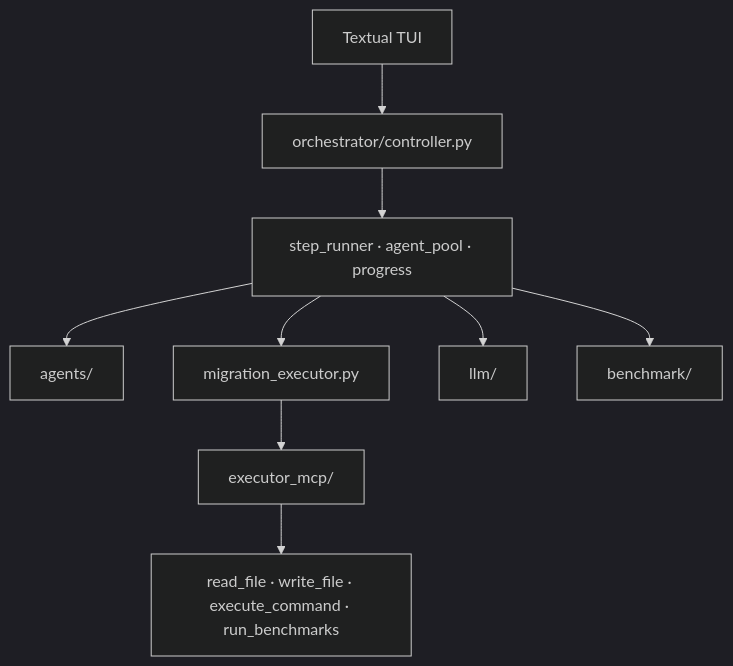
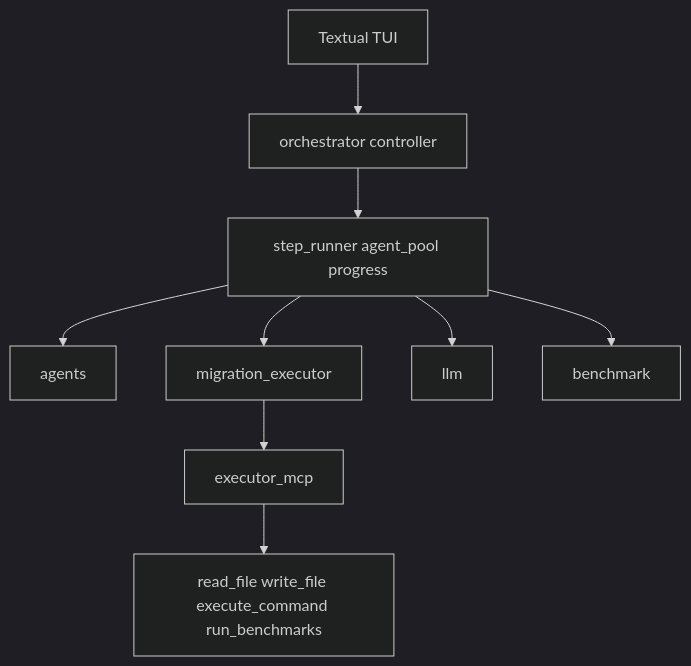
Diagram 11 of 11 in README.md (Haaparanta/AaltoAI-Ai-For-Good), drawn with Mermaid (dark theme) before and after one commit. The commit also changed other lines of this file and 4 other files, not shown here.

````diff
--- a/README.md
+++ b/README.md
@@ -451,11 +449,11 @@
 ```mermaid
 flowchart TB
-    TUI[Textual TUI] --> Ctrl[orchestrator/controller.py]
-    Ctrl --> SR[step_runner · agent_pool · progress]
-    SR --> Ag[agents/]
-    SR --> ME[migration_executor.py]
-    ME --> MCP[executor_mcp/]
-    SR --> LLM[llm/]
-    SR --> Bench[benchmark/]
-    MCP --> Tools[read_file · write_file · execute_command · run_benchmarks]
+    TUI[Textual TUI] --> Ctrl[orchestrator controller]
+    Ctrl --> SR["step_runner agent_pool progress"]
+    SR --> Ag[agents]
+    SR --> ME[migration_executor]
+    ME --> MCP[executor_mcp]
+    SR --> LLMpkg[llm]
+    SR --> Bench[benchmark]
+    MCP --> Tools["read_file write_file execute_command run_benchmarks"]
 ```
````
